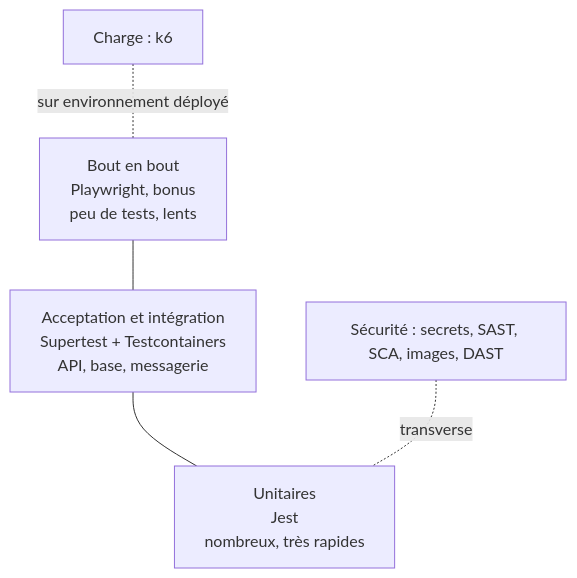
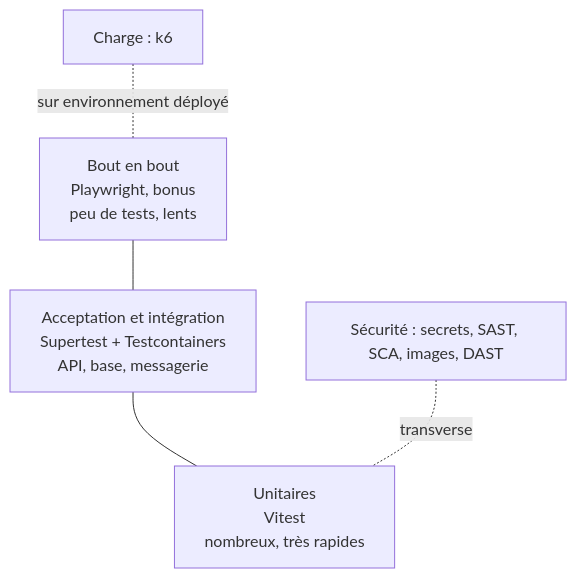
The diagram in docs/process/politique-de-tests.md (Melandry27/collector-shop), drawn with Mermaid before and after one commit. The commit also changed other lines of this file and 77 other files, not shown here.

````diff
--- a/docs/process/politique-de-tests.md
+++ b/docs/process/politique-de-tests.md
@@ -15,11 +15,11 @@
 ```mermaid
 flowchart TB
   e2e[Bout en bout<br/>Playwright, bonus<br/>peu de tests, lents]
   acc[Acceptation et intégration<br/>Supertest + Testcontainers<br/>API, base, messagerie]
-  unit[Unitaires<br/>Jest<br/>nombreux, très rapides]
+  unit[Unitaires<br/>Vitest<br/>nombreux, très rapides]
   e2e --- acc --- unit
   sec[Sécurité : secrets, SAST, SCA, images, DAST]
   perf[Charge : k6]
   sec -. transverse .- unit
   perf -. sur environnement déployé .- e2e
 ```
````
